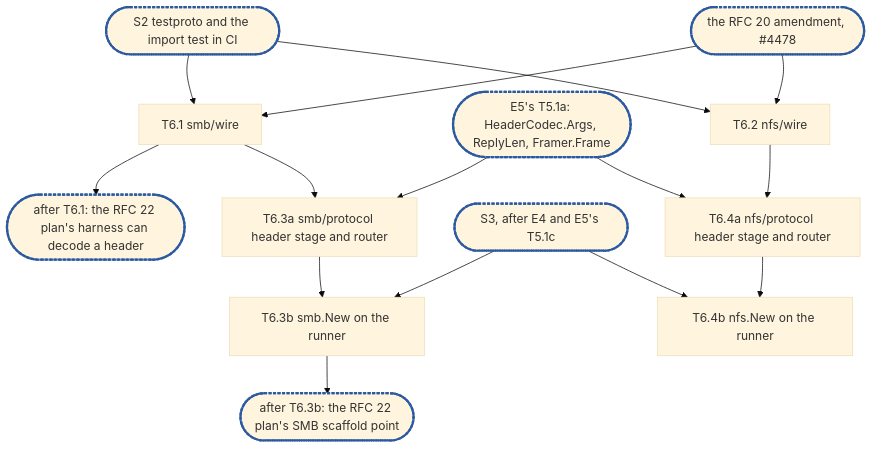
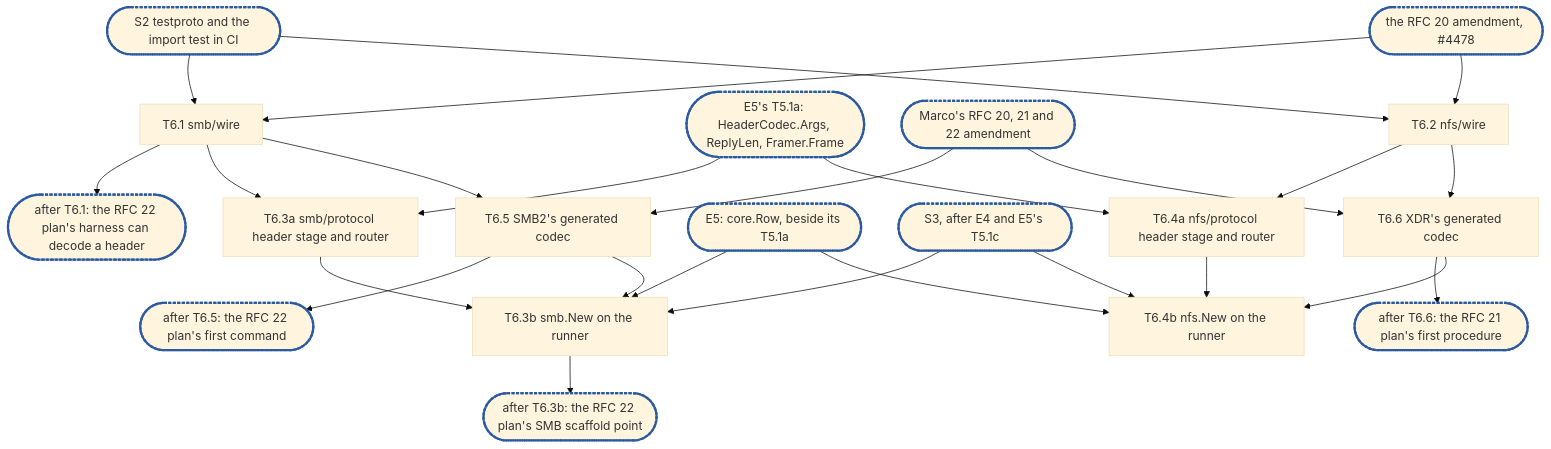
One commit to cubbit/dittofs changed the diagram in docs/internals/planning/rfc-20-adapters-epic6.md. Above: the diagram before and after it, drawn with Mermaid (base theme). The commit also changed other lines of this file, not shown here.

First line of the commit message:
docs(planning): epic 6 writes a command against one generated codec; T6.5 and T6.6 build it

````diff
--- a/docs/internals/planning/rfc-20-adapters-epic6.md
+++ b/docs/internals/planning/rfc-20-adapters-epic6.md
@@ -856,18 +986,28 @@
 ```mermaid
 flowchart TD
   S2(["S2 testproto and the import test in CI"]):::sync --> T6_1["T6.1 smb/wire"]
   A(["the RFC 20 amendment, #4478"]):::sync --> T6_1
   T6_1 --> C1(["after T6.1: the RFC 22 plan's harness can decode a header"]):::sync
   T6_1 --> T6_3a["T6.3a smb/protocol header stage and router"]
   H(["E5's T5.1a: HeaderCodec.Args, ReplyLen, Framer.Frame"]):::sync --> T6_3a
+  M(["Marco's RFC 20, 21 and 22 amendment"]):::sync --> T6_5["T6.5 SMB2's generated codec"]
+  T6_1 --> T6_5
+  T6_5 --> C3(["after T6.5: the RFC 22 plan's first command"]):::sync
   T6_3a --> T6_3b["T6.3b smb.New on the runner"]
+  T6_5 --> T6_3b
+  R(["E5: core.Row, beside its T5.1a"]):::sync --> T6_3b
   S3(["S3, after E4 and E5's T5.1c"]):::sync --> T6_3b
   T6_3b --> C2(["after T6.3b: the RFC 22 plan's SMB scaffold point"]):::sync
   S2 --> T6_2["T6.2 nfs/wire"]
   A --> T6_2
   T6_2 --> T6_4a["T6.4a nfs/protocol header stage and router"]
   H --> T6_4a
+  M --> T6_6["T6.6 XDR's generated codec"]
+  T6_2 --> T6_6
+  T6_6 --> C4(["after T6.6: the RFC 21 plan's first procedure"]):::sync
   T6_4a --> T6_4b["T6.4b nfs.New on the runner"]
+  T6_6 --> T6_4b
+  R --> T6_4b
   S3 --> T6_4b
   classDef sync stroke:#2c5aa0,stroke-width:3px,stroke-dasharray:4 2
 ```
````
